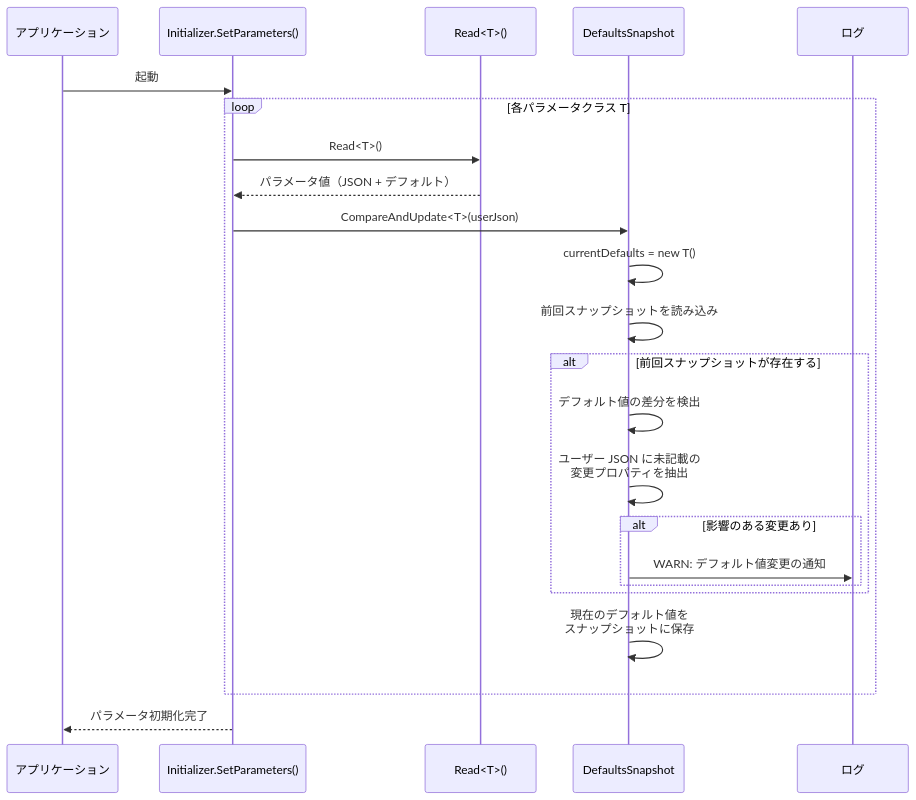
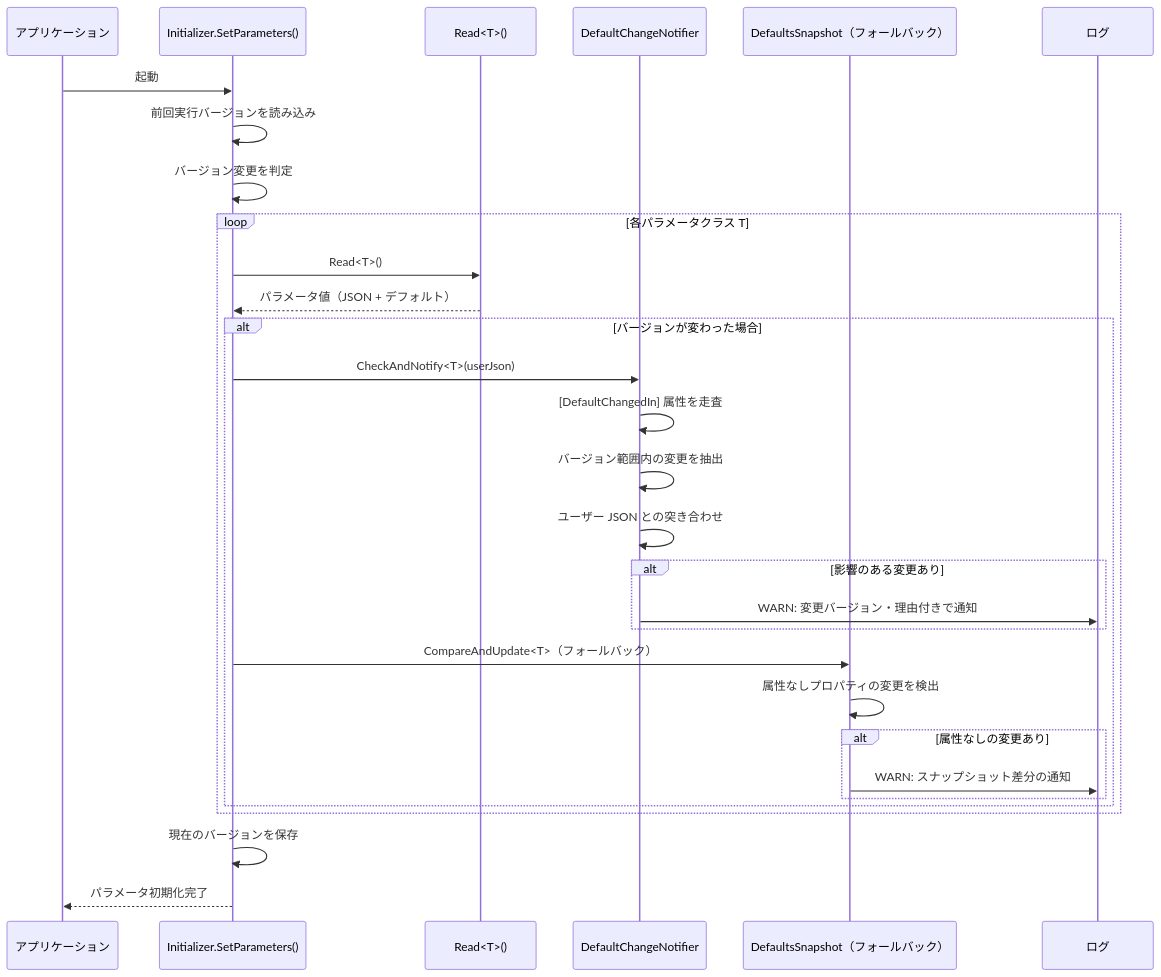
The eighth of 9 diagrams in docs/research/11-CodeDefiner/003-Parameterデフォルト値変更検知.md (vehiclevisionjp/VehicleVision.Pleasanter.ResearchDocuments), drawn with Mermaid before and after one commit. The commit also changed other lines of this file, not shown here.

````diff
--- a/docs/research/11-CodeDefiner/003-Parameterデフォルト値変更検知.md
+++ b/docs/research/11-CodeDefiner/003-Parameterデフォルト値変更検知.md
@@ -525,27 +739,37 @@
 ```mermaid
 sequenceDiagram
     participant App as アプリケーション
     participant Init as Initializer.SetParameters()
     participant Read as Read<T>()
-    participant Snap as DefaultsSnapshot
+    participant Notifier as DefaultChangeNotifier
+    participant Snap as DefaultsSnapshot（フォールバック）
     participant Log as ログ
 
     App->>Init: 起動
+    Init->>Init: 前回実行バージョンを読み込み
+    Init->>Init: バージョン変更を判定
+
     loop 各パラメータクラス T
         Init->>Read: Read<T>()
         Read-->>Init: パラメータ値（JSON + デフォルト）
 
-        Init->>Snap: CompareAndUpdate<T>(userJson)
-        Snap->>Snap: currentDefaults = new T()
-        Snap->>Snap: 前回スナップショットを読み込み
-        alt 前回スナップショットが存在する
-            Snap->>Snap: デフォルト値の差分を検出
-            Snap->>Snap: ユーザー JSON に未記載の<br/>変更プロパティを抽出
+        alt バージョンが変わった場合
+            Init->>Notifier: CheckAndNotify<T>(userJson)
+            Notifier->>Notifier: [DefaultChangedIn] 属性を走査
+            Notifier->>Notifier: バージョン範囲内の変更を抽出
+            Notifier->>Notifier: ユーザー JSON との突き合わせ
             alt 影響のある変更あり
-                Snap->>Log: WARN: デフォルト値変更の通知
+                Notifier->>Log: WARN: 変更バージョン・理由付きで通知
+            end
+
+            Init->>Snap: CompareAndUpdate<T>（フォールバック）
+            Snap->>Snap: 属性なしプロパティの変更を検出
+            alt 属性なしの変更あり
+                Snap->>Log: WARN: スナップショット差分の通知
             end
         end
-        Snap->>Snap: 現在のデフォルト値を<br/>スナップショットに保存
     end
+
+    Init->>Init: 現在のバージョンを保存
     Init-->>App: パラメータ初期化完了
 ```
````
